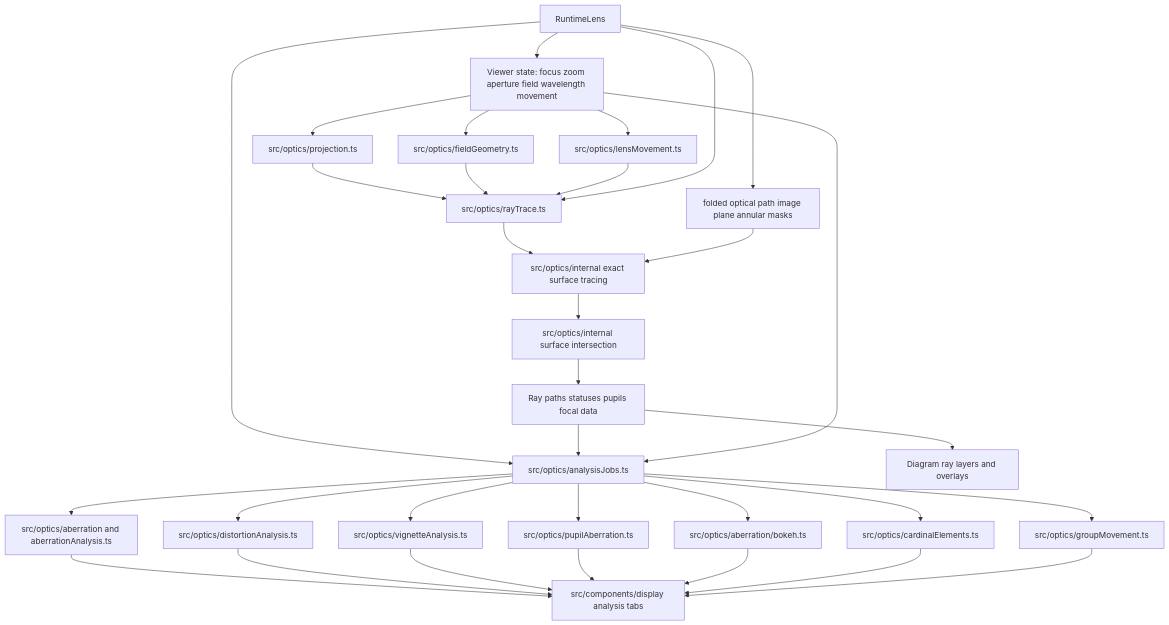
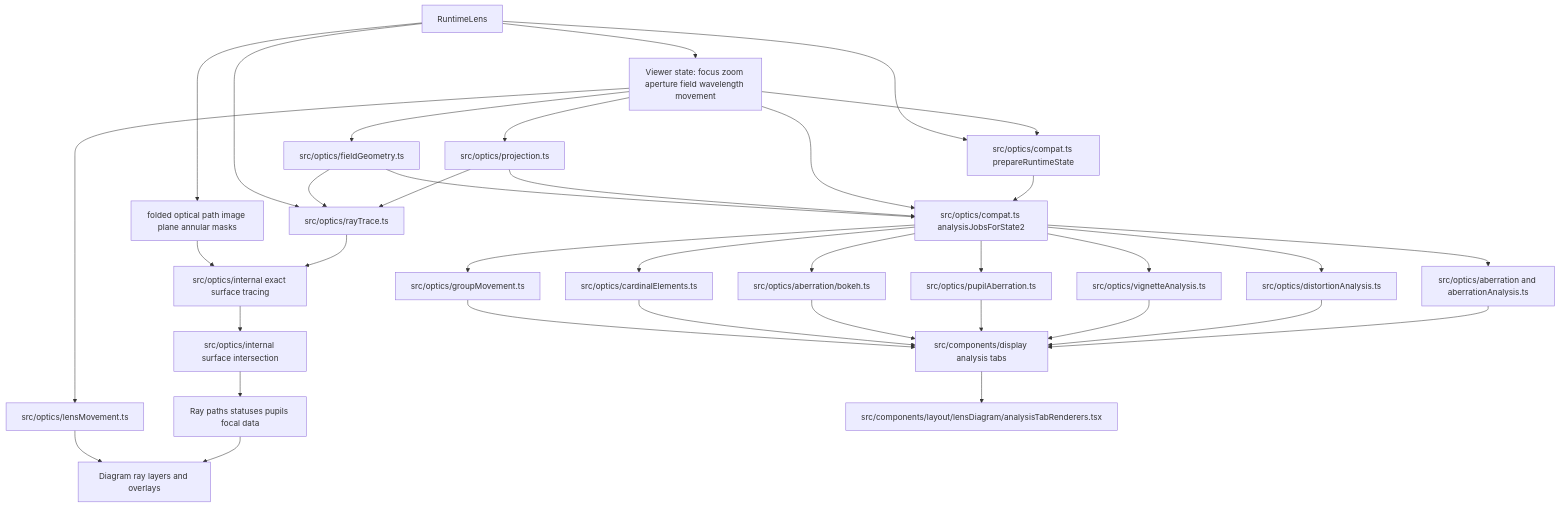
One commit to ronbuening/LensVisualizer changed the fifth of 6 diagrams in agent_docs/architecture/program-flow.md. Above: the diagram before and after it, drawn with Mermaid. The commit also changed other lines of this file and 5 other files, not shown here.

Commit message:
docs: refresh architecture documentation

````diff
--- a/agent_docs/architecture/program-flow.md
+++ b/agent_docs/architecture/program-flow.md
@@ -144,37 +187,41 @@
 ```mermaid
 flowchart TD
   Runtime[RuntimeLens] --> Inputs[Viewer state: focus zoom aperture field wavelength movement]
   Inputs --> Projection[src/optics/projection.ts]
   Inputs --> Field[src/optics/fieldGeometry.ts]
   Inputs --> Movement[src/optics/lensMovement.ts]
+  Inputs --> Prepared[src/optics/compat.ts prepareRuntimeState]
+  Runtime --> Prepared[src/optics/compat.ts prepareRuntimeState]
 
   Projection --> TraceCore[src/optics/rayTrace.ts]
   Field --> TraceCore
-  Movement --> TraceCore
   Runtime --> TraceCore
   TraceCore --> Exact[src/optics/internal exact surface tracing]
   Exact --> Intersections[src/optics/internal surface intersection]
   Runtime --> Folded[folded optical path image plane annular masks]
   Folded --> Exact
   Intersections --> RayResults[Ray paths statuses pupils focal data]
 
-  Runtime --> AnalysisJobs[src/optics/analysisJobs.ts]
-  RayResults --> AnalysisJobs
+  Prepared --> AnalysisJobs[src/optics/compat.ts analysisJobsForState2]
   Inputs --> AnalysisJobs
+  Projection --> AnalysisJobs
+  Field --> AnalysisJobs
   AnalysisJobs --> Aberrations[src/optics/aberration and aberrationAnalysis.ts]
   AnalysisJobs --> Distortion[src/optics/distortionAnalysis.ts]
   AnalysisJobs --> Vignetting[src/optics/vignetteAnalysis.ts]
   AnalysisJobs --> Pupils[src/optics/pupilAberration.ts]
   AnalysisJobs --> Bokeh[src/optics/aberration/bokeh.ts]
   AnalysisJobs --> Cardinal[src/optics/cardinalElements.ts]
   AnalysisJobs --> Groups[src/optics/groupMovement.ts]
 
   Aberrations --> DrawerTabs[src/components/display analysis tabs]
   Distortion --> DrawerTabs
   Vignetting --> DrawerTabs
   Pupils --> DrawerTabs
   Bokeh --> DrawerTabs
   Cardinal --> DrawerTabs
   Groups --> DrawerTabs
   RayResults --> DiagramLayers[Diagram ray layers and overlays]
+  Movement --> DiagramLayers
+  DrawerTabs --> Renderers[src/components/layout/lensDiagram/analysisTabRenderers.tsx]
 ```
````
